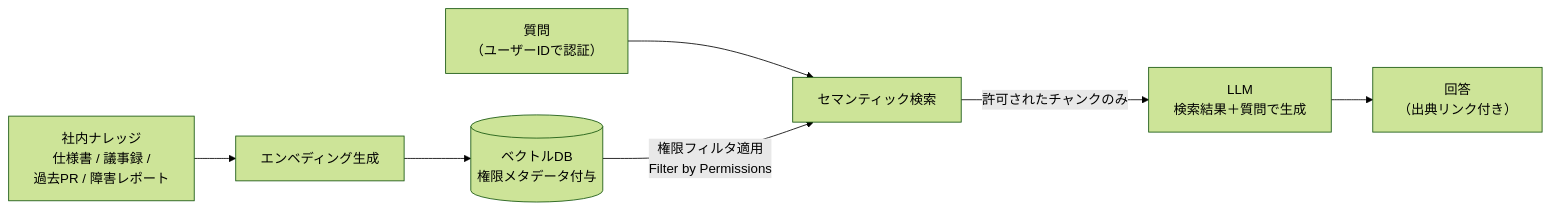
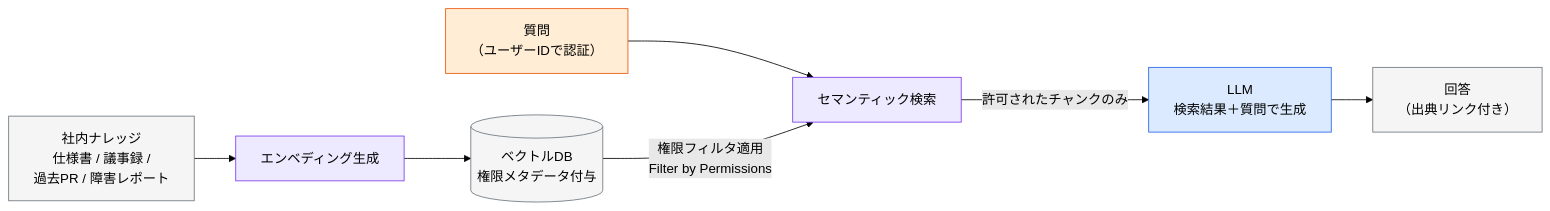
Before and after one commit to takuma39/ai: diagram 12 of 48 in AI駆動開発.md, drawn with Mermaid (forest theme). The commit also changed other lines of this file, not shown here.

````diff
--- a/AI駆動開発.md
+++ b/AI駆動開発.md
@@ -334,10 +425,18 @@
 ```mermaid
 flowchart LR
     Src["社内ナレッジ<br/>仕様書 / 議事録 /<br/>過去PR / 障害レポート"] --> Emb["エンベディング生成"]
     Emb --> VDB[("ベクトルDB<br/>権限メタデータ付与")]
 
     User["質問<br/>（ユーザーIDで認証）"] --> Search["セマンティック検索"]
     VDB -->|権限フィルタ適用<br/>Filter by Permissions| Search
     Search -->|許可されたチャンクのみ| LLM["LLM<br/>検索結果＋質問で生成"]
     LLM --> Ans["回答<br/>（出典リンク付き）"]
+
+    style Src fill:#f5f5f5,stroke:#6c757d,color:#000
+    style Emb fill:#ede9fe,stroke:#7c3aed,color:#000
+    style VDB fill:#f5f5f5,stroke:#6c757d,color:#000
+    style User fill:#ffedd5,stroke:#ea580c,color:#000
+    style Search fill:#ede9fe,stroke:#7c3aed,color:#000
+    style LLM fill:#dbeafe,stroke:#2563eb,color:#000
+    style Ans fill:#f5f5f5,stroke:#6c757d,color:#000
 ```
````
